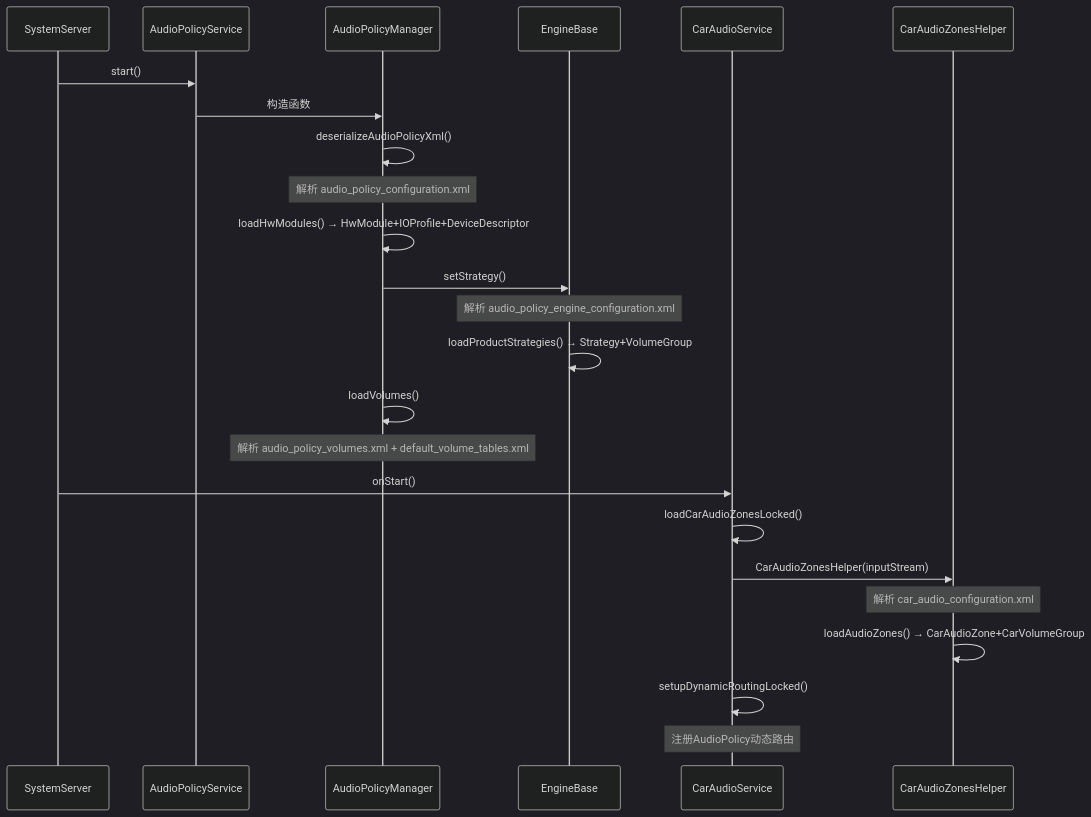
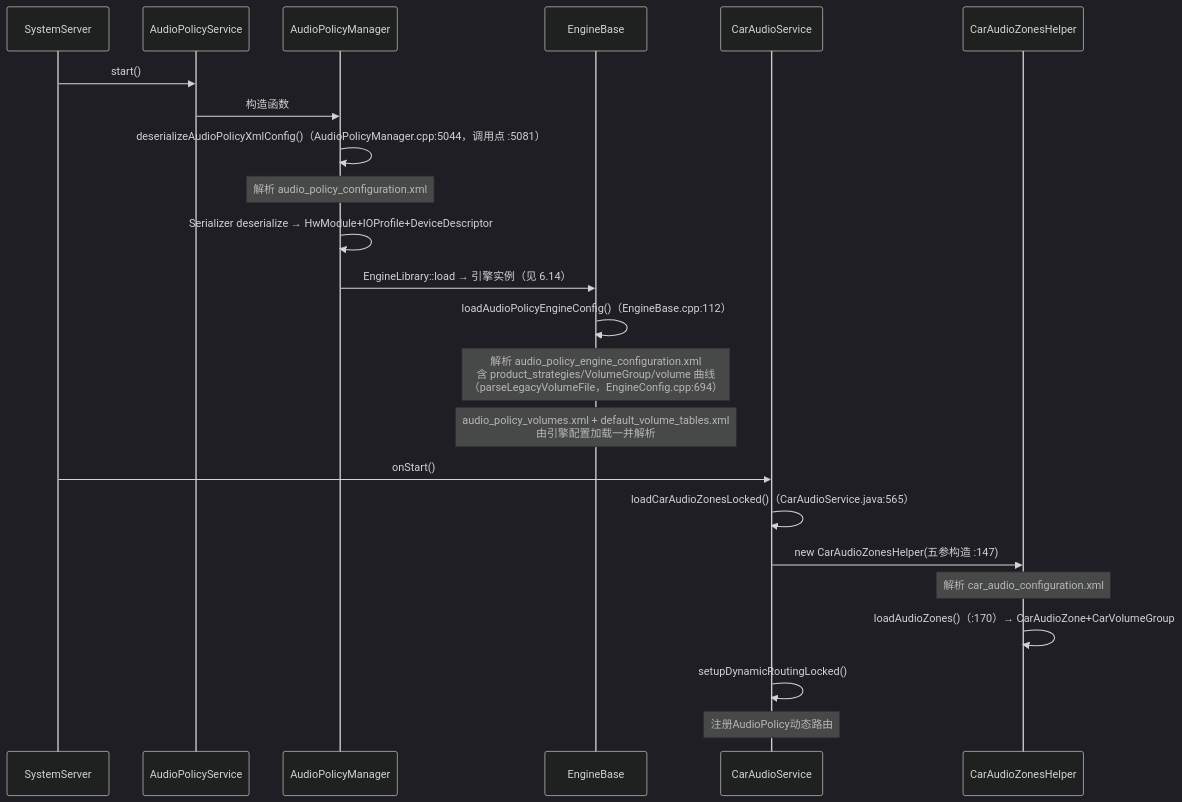
The third of 3 diagrams in 11_Vendor_Layer/11_11.1_配置文件体系总览.md (yanglinzhen1022/SA8295_AAOS_QNX_Audio_KnowledgeBase), drawn with Mermaid (dark theme) before and after one commit. The commit also changed other lines of this file and 4 other files, not shown here.

````diff
--- a/11_Vendor_Layer/11_11.1_配置文件体系总览.md
+++ b/11_Vendor_Layer/11_11.1_配置文件体系总览.md
@@ -191,28 +197,27 @@
 ```mermaid
 sequenceDiagram
     participant Init as SystemServer
     participant APS as AudioPolicyService
     participant APM as AudioPolicyManager
     participant Eng as EngineBase
     participant CAS as CarAudioService
     participant CZH as CarAudioZonesHelper
 
     Init->>APS: start()
     APS->>APM: 构造函数
-    APM->>APM: deserializeAudioPolicyXml()
+    APM->>APM: deserializeAudioPolicyXmlConfig()（AudioPolicyManager.cpp:5044，调用点 :5081）
     Note over APM: 解析 audio_policy_configuration.xml
-    APM->>APM: loadHwModules() → HwModule+IOProfile+DeviceDescriptor
-    APM->>Eng: setStrategy()
-    Note over Eng: 解析 audio_policy_engine_configuration.xml
-    Eng->>Eng: loadProductStrategies() → Strategy+VolumeGroup
-    APM->>APM: loadVolumes()
-    Note over APM: 解析 audio_policy_volumes.xml + default_volume_tables.xml
+    APM->>APM: Serializer deserialize → HwModule+IOProfile+DeviceDescriptor
+    APM->>Eng: EngineLibrary::load → 引擎实例（见 6.14）
+    Eng->>Eng: loadAudioPolicyEngineConfig()（EngineBase.cpp:112）
+    Note over Eng: 解析 audio_policy_engine_configuration.xml<br/>含 product_strategies/VolumeGroup/volume 曲线<br/>（parseLegacyVolumeFile，EngineConfig.cpp:694）
+    Note over Eng: audio_policy_volumes.xml + default_volume_tables.xml<br/>由引擎配置加载一并解析
 
     Init->>CAS: onStart()
-    CAS->>CAS: loadCarAudioZonesLocked()
-    CAS->>CZH: CarAudioZonesHelper(inputStream)
+    CAS->>CAS: loadCarAudioZonesLocked()（CarAudioService.java:565）
+    CAS->>CZH: new CarAudioZonesHelper(五参构造 :147)
     Note over CZH: 解析 car_audio_configuration.xml
-    CZH->>CZH: loadAudioZones() → CarAudioZone+CarVolumeGroup
+    CZH->>CZH: loadAudioZones()（:170）→ CarAudioZone+CarVolumeGroup
     CAS->>CAS: setupDynamicRoutingLocked()
     Note over CAS: 注册AudioPolicy动态路由
 ```
````
